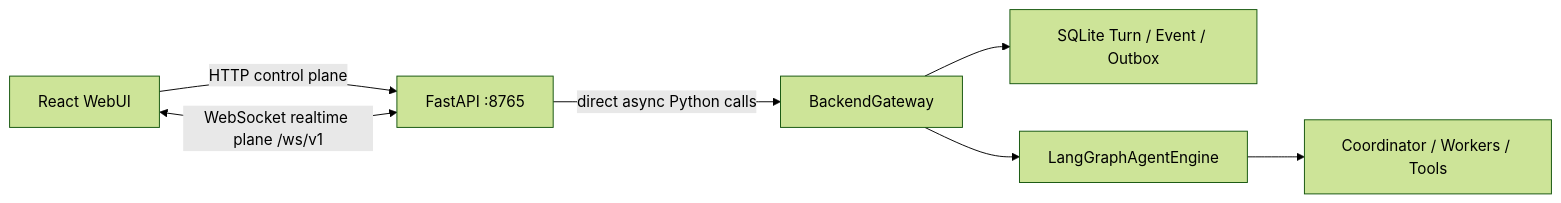
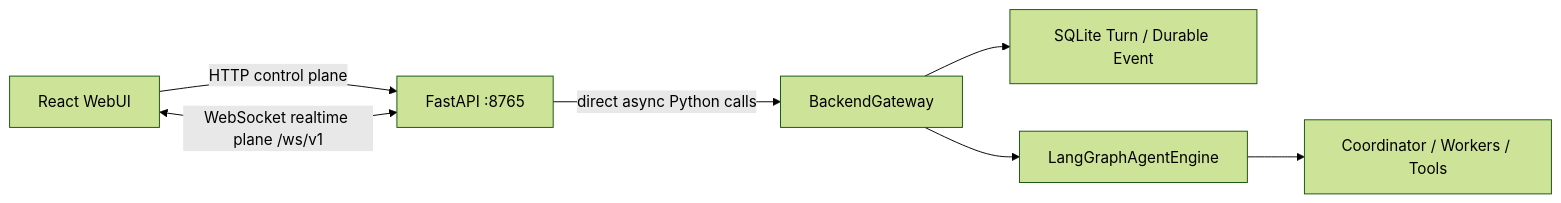
The diagram in docs/web-api.md (kuonyuma/nlp-agent), drawn with Mermaid (forest theme) before and after one commit. The commit also changed other lines of this file and 2 other files, not shown here.

````diff
--- a/docs/web-api.md
+++ b/docs/web-api.md
@@ -9,9 +9,9 @@
 ```mermaid
 flowchart LR
     UI["React WebUI"] -->|"HTTP control plane"| API["FastAPI :8765"]
     UI <-->|"WebSocket realtime plane /ws/v1"| API
     API -->|"direct async Python calls"| GW["BackendGateway"]
-    GW --> STORE["SQLite Turn / Event / Outbox"]
+    GW --> STORE["SQLite Turn / Durable Event"]
     GW --> ENGINE["LangGraphAgentEngine"]
     ENGINE --> AGENTS["Coordinator / Workers / Tools"]
 ```
````
